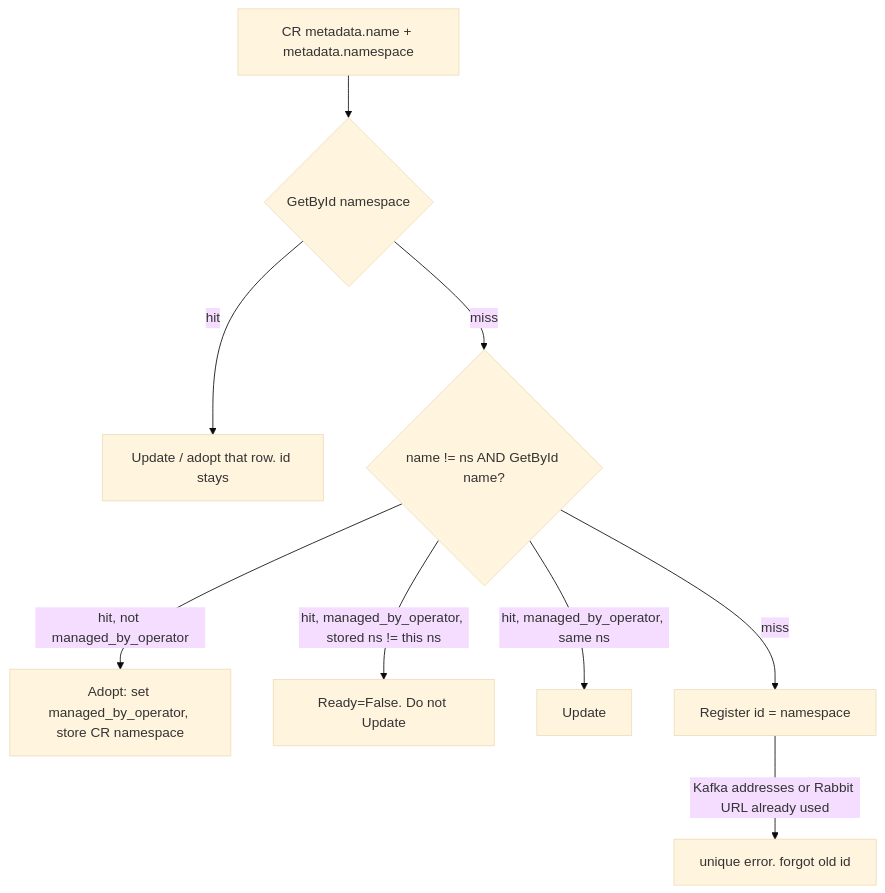
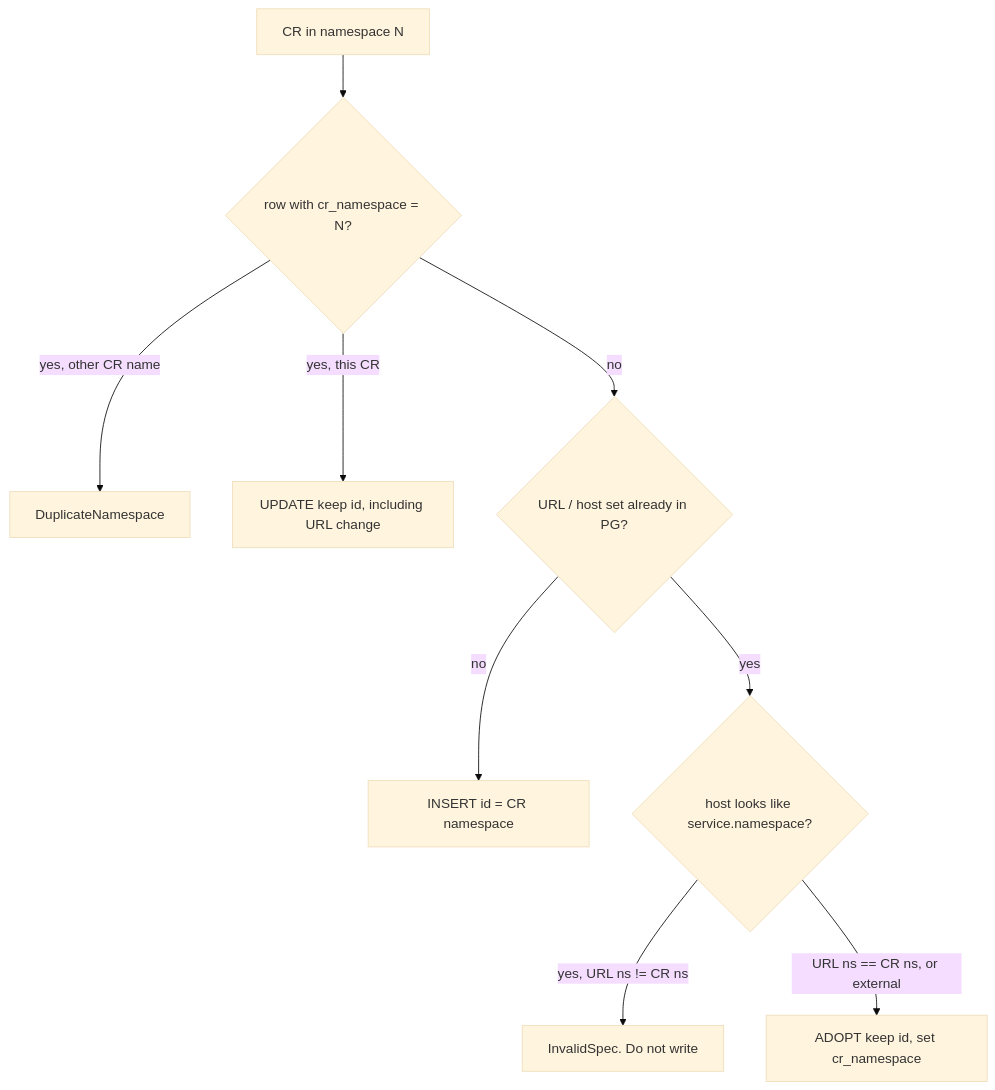
One commit to Netcracker/qubership-maas changed the ninth of 13 diagrams in docs/operator_design.md. Above: the diagram before and after it, drawn with Mermaid (base theme). The commit also changed other lines of this file and 9 other files, not shown here.

````diff
--- a/docs/operator_design.md
+++ b/docs/operator_design.md
@@ -1195,12 +1192,12 @@
 ```mermaid
 flowchart TD
-  cr["CR metadata.name + metadata.namespace"]
-  cr --> byNs{"GetById namespace"}
-  byNs -->|hit| sameNs["Update / adopt that row. id stays"]
-  byNs -->|miss| byName{"name != ns AND GetById name?"}
-  byName -->|hit, not managed_by_operator| migr["Adopt: set managed_by_operator, store CR namespace"]
-  byName -->|"hit, managed_by_operator, stored ns != this ns"| deny["Ready=False. Do not Update"]
-  byName -->|"hit, managed_by_operator, same ns"| upd["Update"]
-  byName -->|miss| reg["Register id = namespace"]
-  reg -->|Kafka addresses or Rabbit URL already used| uniq["unique error. forgot old id"]
+  cr["CR in namespace N"]
+  cr --> own{"row with cr_namespace = N?"}
+  own -->|"yes, other CR name"| dup["DuplicateNamespace"]
+  own -->|"yes, this CR"| upd["UPDATE keep id, including URL change"]
+  own -->|no| url{"URL / host set already in PG?"}
+  url -->|no| ins["INSERT id = CR namespace"]
+  url -->|yes| k8s{"host looks like service.namespace?"}
+  k8s -->|"yes, URL ns != CR ns"| deny["InvalidSpec. Do not write"]
+  k8s -->|"URL ns == CR ns, or external"| adopt["ADOPT keep id, set cr_namespace"]
 ```
````
